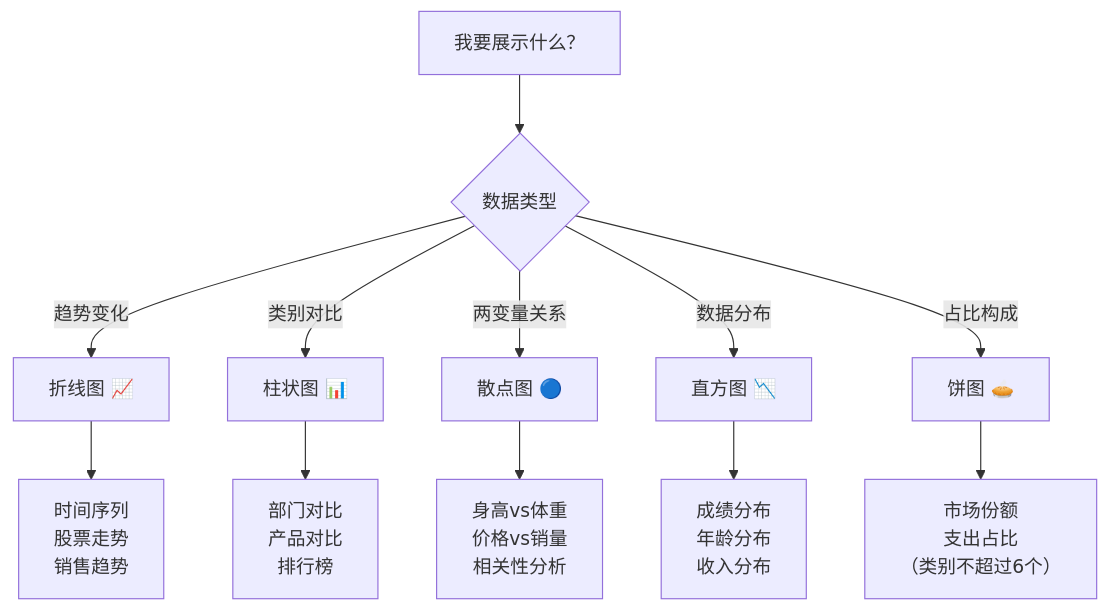
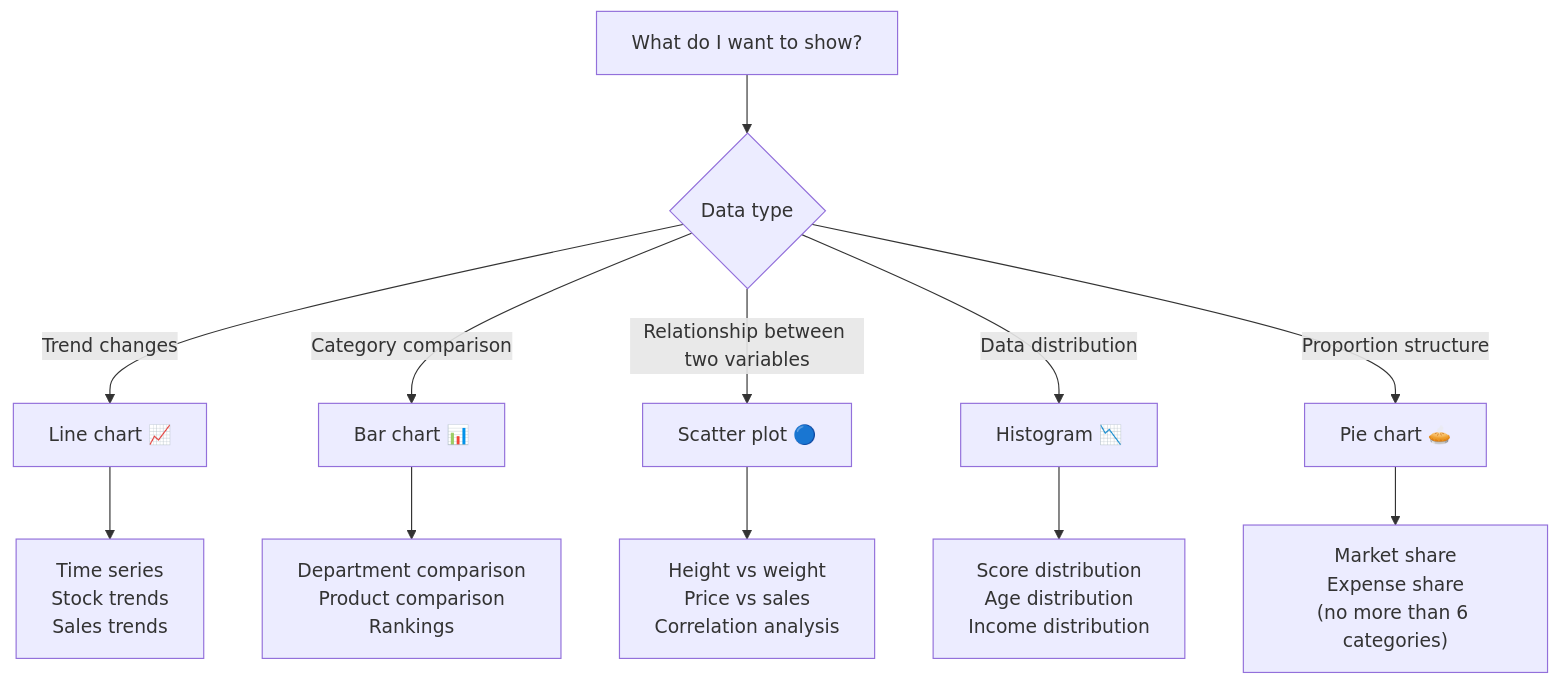
Before and after one commit to oudbiao/AI-fullstack-course: the third of 3 diagrams in docs/ch03-data-analysis/ch04-visualization/01-matplotlib.md, drawn with Mermaid. The commit also changed other lines of this file and 1406 other files, not shown here.

````diff
--- a/docs/ch03-data-analysis/ch04-visualization/01-matplotlib.md
+++ b/docs/ch03-data-analysis/ch04-visualization/01-matplotlib.md
@@ -376,15 +376,15 @@
 ```mermaid
 flowchart TD
-    A["我要展示什么？"] --> B{"数据类型"}
-    B -->|"趋势变化"| C["折线图 📈"]
-    B -->|"类别对比"| D["柱状图 📊"]
-    B -->|"两变量关系"| E["散点图 🔵"]
-    B -->|"数据分布"| F["直方图 📉"]
-    B -->|"占比构成"| G["饼图 🥧"]
+    A["What do I want to show?"] --> B{"Data type"}
+    B -->|"Trend changes"| C["Line chart 📈"]
+    B -->|"Category comparison"| D["Bar chart 📊"]
+    B -->|"Relationship between two variables"| E["Scatter plot 🔵"]
+    B -->|"Data distribution"| F["Histogram 📉"]
+    B -->|"Proportion structure"| G["Pie chart 🥧"]
 
-    C --> C1["时间序列<br/>股票走势<br/>销售趋势"]
-    D --> D1["部门对比<br/>产品对比<br/>排行榜"]
-    E --> E1["身高vs体重<br/>价格vs销量<br/>相关性分析"]
-    F --> F1["成绩分布<br/>年龄分布<br/>收入分布"]
-    G --> G1["市场份额<br/>支出占比<br/>（类别不超过6个）"]
+    C --> C1["Time series<br/>Stock trends<br/>Sales trends"]
+    D --> D1["Department comparison<br/>Product comparison<br/>Rankings"]
+    E --> E1["Height vs weight<br/>Price vs sales<br/>Correlation analysis"]
+    F --> F1["Score distribution<br/>Age distribution<br/>Income distribution"]
+    G --> G1["Market share<br/>Expense share<br/>(no more than 6 categories)"]
 ```
````
